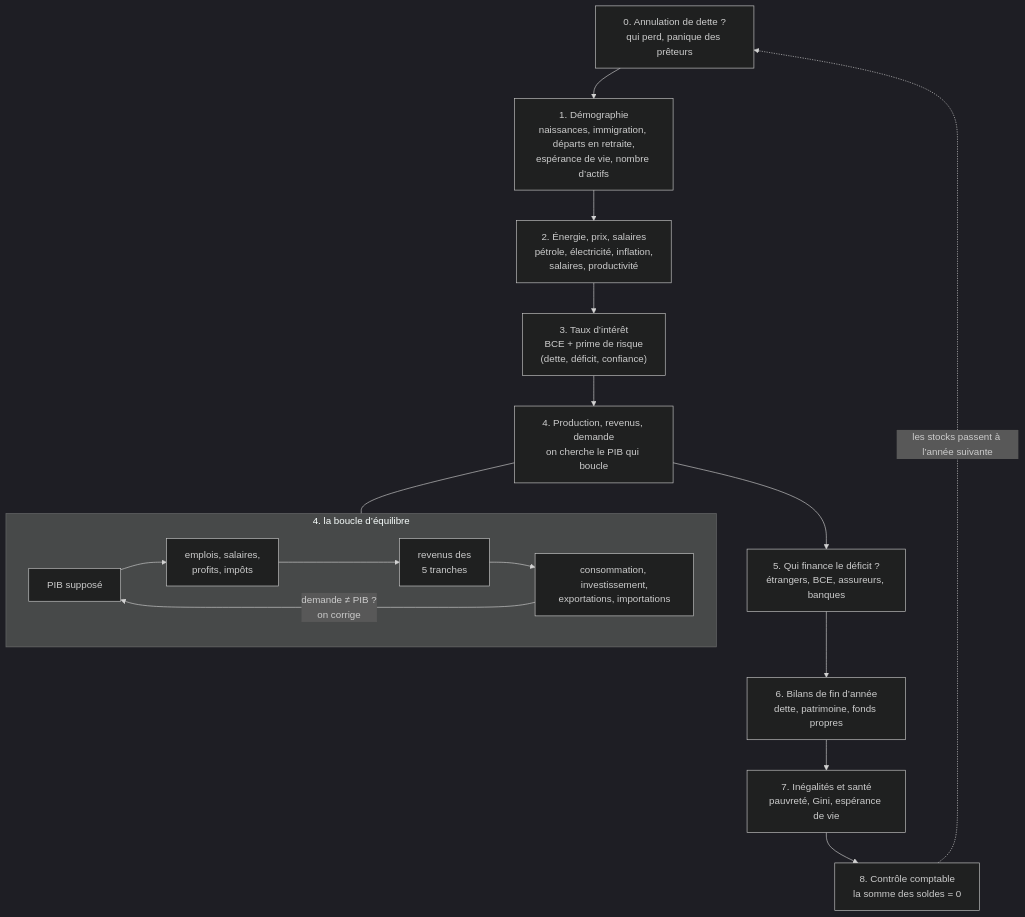
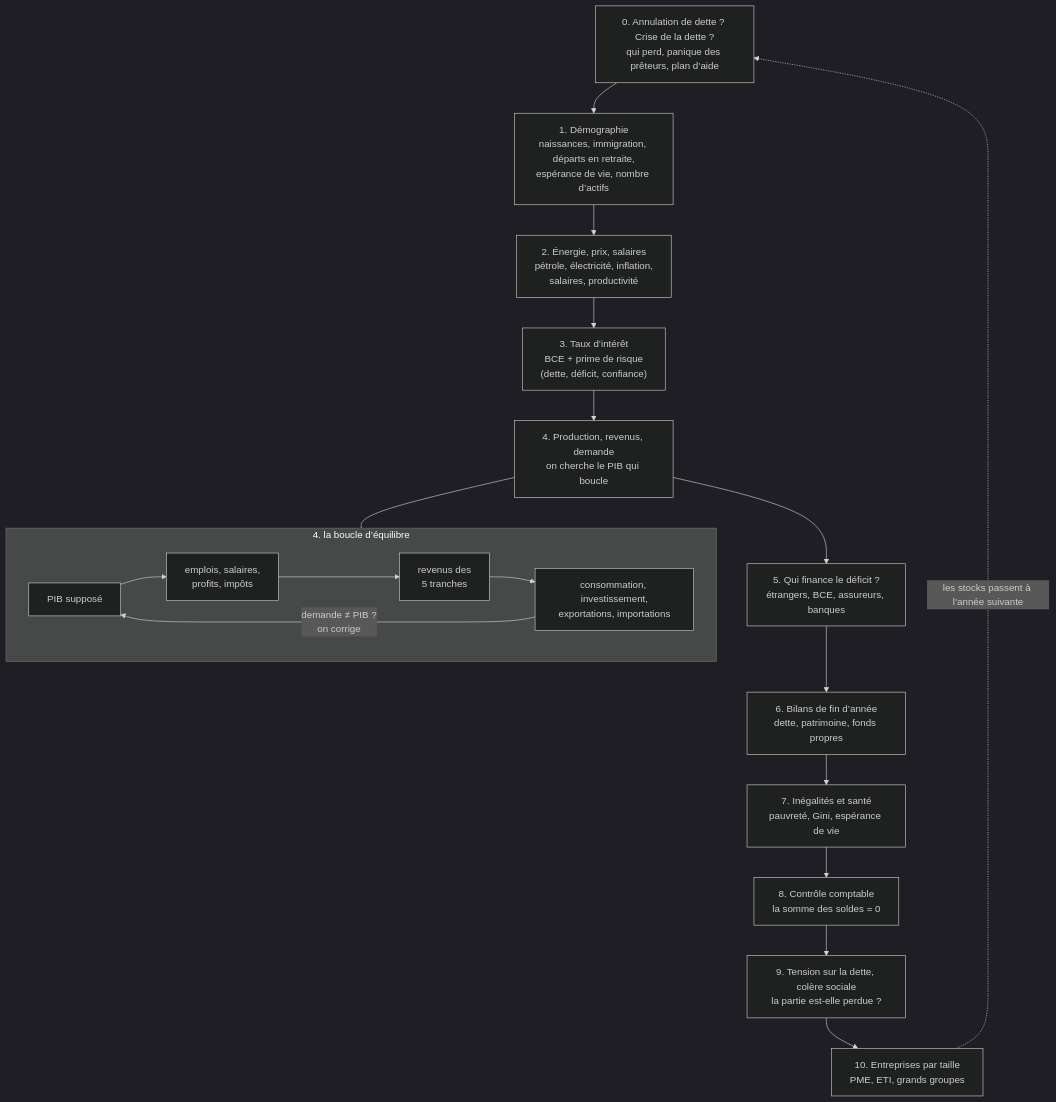
Before and after one commit to ClemDelp/france-sim: the third of 9 diagrams in docs/COMMENT-CA-MARCHE.md, drawn with Mermaid (dark theme). The commit also changed other lines of this file and 30 other files, not shown here.

````diff
--- a/docs/COMMENT-CA-MARCHE.md
+++ b/docs/COMMENT-CA-MARCHE.md
@@ -75,22 +81,24 @@
 ```mermaid
 flowchart TD
-    A0["0. Annulation de dette ?<br/>qui perd, panique des prêteurs"] --> A1
+    A0["0. Annulation de dette ? Crise de la dette ?<br/>qui perd, panique des prêteurs, plan d’aide"] --> A1
     A1["1. Démographie<br/>naissances, immigration, départs en retraite,<br/>espérance de vie, nombre d’actifs"] --> A2
     A2["2. Énergie, prix, salaires<br/>pétrole, électricité, inflation,<br/>salaires, productivité"] --> A3
     A3["3. Taux d’intérêt<br/>BCE + prime de risque<br/>(dette, déficit, confiance)"] --> A4
     A4["4. Production, revenus, demande<br/>on cherche le PIB qui boucle"] --> A5
     A5["5. Qui finance le déficit ?<br/>étrangers, BCE, assureurs, banques"] --> A6
     A6["6. Bilans de fin d’année<br/>dette, patrimoine, fonds propres"] --> A7
     A7["7. Inégalités et santé<br/>pauvreté, Gini, espérance de vie"] --> A8
-    A8["8. Contrôle comptable<br/>la somme des soldes = 0"]
-    A8 -. "les stocks passent à l’année suivante" .-> A0
+    A8["8. Contrôle comptable<br/>la somme des soldes = 0"] --> A9
+    A9["9. Tension sur la dette, colère sociale<br/>la partie est-elle perdue ?"] --> A10
+    A10["10. Entreprises par taille<br/>PME, ETI, grands groupes"]
+    A10 -. "les stocks passent à l’année suivante" .-> A0
 
     subgraph boucle["4. la boucle d’équilibre"]
         direction LR
         PIB["PIB supposé"] --> EMP["emplois, salaires,<br/>profits, impôts"]
         EMP --> REV["revenus des<br/>5 tranches"]
         REV --> DEM["consommation, investissement,<br/>exportations, importations"]
         DEM -- "demande ≠ PIB ?<br/>on corrige" --> PIB
     end
     A4 --- boucle
 ```
````
